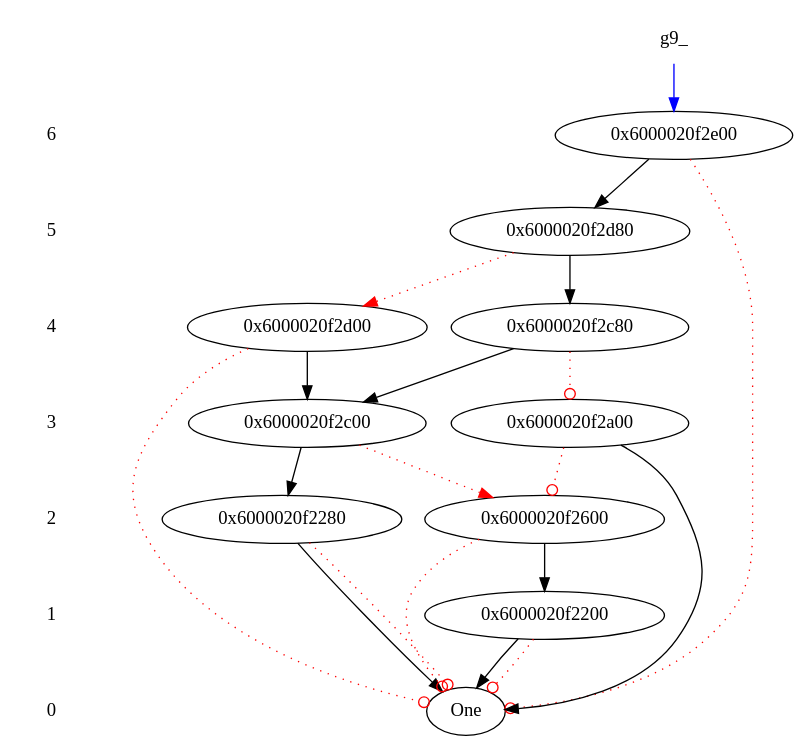
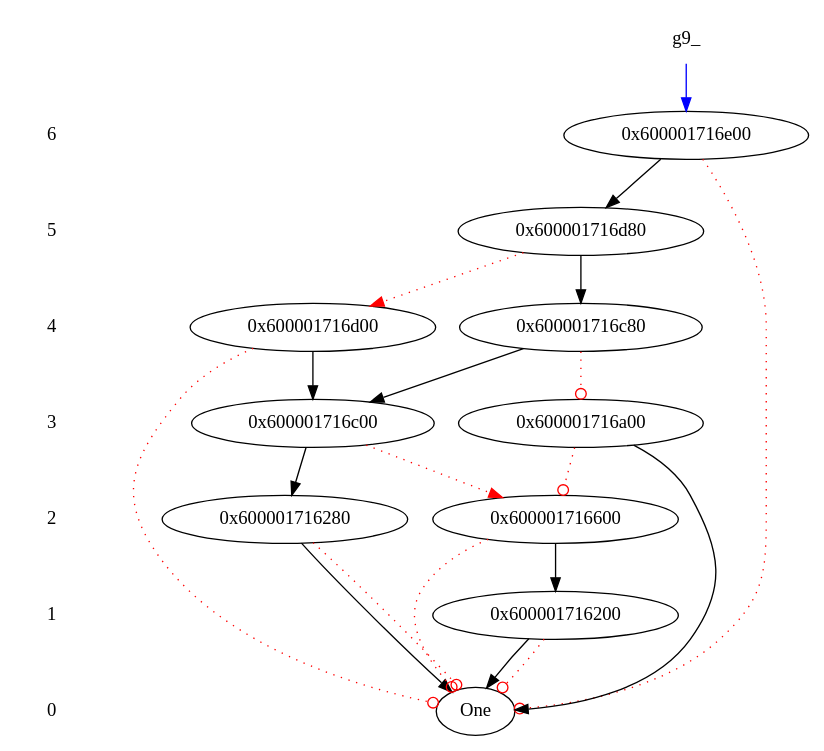
One commit to soyccan/RicBDD changed the diagram in p6b.dot. Above: the diagram before and after it, drawn with Graphviz. The commit also changed 18 other files, not shown here.

```diff
--- a/p6b.dot
+++ b/p6b.dot
@@ -1,35 +1,35 @@
 digraph {
    node [shape = plaintext];
    6 -> 5 -> 4 -> 3 -> 2 -> 1 -> 0 [style = invis];
    { rank = source; "g9_"; }
    node [shape = ellipse];
-   "g9_" -> "0x6000020f2e00" [color = blue];
-   { rank = same; 6; "0x6000020f2e00"; }
-   "0x6000020f2e00" -> "0x6000020f2d80";
-   "0x6000020f2e00" -> "One"[style = dotted ] [color=red] [arrowhead=odot]
-   { rank = same; 5; "0x6000020f2d80"; }
-   "0x6000020f2d80" -> "0x6000020f2c80";
-   "0x6000020f2d80" -> "0x6000020f2d00"[style = dotted ] [color=red];
-   { rank = same; 4; "0x6000020f2c80"; }
-   "0x6000020f2c80" -> "0x6000020f2c00";
-   "0x6000020f2c80" -> "0x6000020f2a00"[style = dotted ] [color=red] [arrowhead=odot]
-   { rank = same; 3; "0x6000020f2c00"; }
-   "0x6000020f2c00" -> "0x6000020f2280";
-   "0x6000020f2c00" -> "0x6000020f2600"[style = dotted ] [color=red];
-   { rank = same; 2; "0x6000020f2280"; }
-   "0x6000020f2280" -> "One";
-   "0x6000020f2280" -> "One"[style = dotted ] [color=red] [arrowhead=odot]
-   { rank = same; 2; "0x6000020f2600"; }
-   "0x6000020f2600" -> "0x6000020f2200";
-   "0x6000020f2600" -> "One"[style = dotted ] [color=red] [arrowhead=odot]
-   { rank = same; 1; "0x6000020f2200"; }
-   "0x6000020f2200" -> "One";
-   "0x6000020f2200" -> "One"[style = dotted ] [color=red] [arrowhead=odot]
-   { rank = same; 3; "0x6000020f2a00"; }
-   "0x6000020f2a00" -> "One";
-   "0x6000020f2a00" -> "0x6000020f2600"[style = dotted ] [color=red] [arrowhead=odot]
-   { rank = same; 4; "0x6000020f2d00"; }
-   "0x6000020f2d00" -> "0x6000020f2c00";
-   "0x6000020f2d00" -> "One"[style = dotted ] [color=red] [arrowhead=odot]
+   "g9_" -> "0x600001716e00" [color = blue];
+   { rank = same; 6; "0x600001716e00"; }
+   "0x600001716e00" -> "0x600001716d80";
+   "0x600001716e00" -> "One"[style = dotted ] [color=red] [arrowhead=odot]
+   { rank = same; 5; "0x600001716d80"; }
+   "0x600001716d80" -> "0x600001716c80";
+   "0x600001716d80" -> "0x600001716d00"[style = dotted ] [color=red];
+   { rank = same; 4; "0x600001716c80"; }
+   "0x600001716c80" -> "0x600001716c00";
+   "0x600001716c80" -> "0x600001716a00"[style = dotted ] [color=red] [arrowhead=odot]
+   { rank = same; 3; "0x600001716c00"; }
+   "0x600001716c00" -> "0x600001716280";
+   "0x600001716c00" -> "0x600001716600"[style = dotted ] [color=red];
+   { rank = same; 2; "0x600001716280"; }
+   "0x600001716280" -> "One";
+   "0x600001716280" -> "One"[style = dotted ] [color=red] [arrowhead=odot]
+   { rank = same; 2; "0x600001716600"; }
+   "0x600001716600" -> "0x600001716200";
+   "0x600001716600" -> "One"[style = dotted ] [color=red] [arrowhead=odot]
+   { rank = same; 1; "0x600001716200"; }
+   "0x600001716200" -> "One";
+   "0x600001716200" -> "One"[style = dotted ] [color=red] [arrowhead=odot]
+   { rank = same; 3; "0x600001716a00"; }
+   "0x600001716a00" -> "One";
+   "0x600001716a00" -> "0x600001716600"[style = dotted ] [color=red] [arrowhead=odot]
+   { rank = same; 4; "0x600001716d00"; }
+   "0x600001716d00" -> "0x600001716c00";
+   "0x600001716d00" -> "One"[style = dotted ] [color=red] [arrowhead=odot]
    { rank = same; 0; "One"; }
 }
```
